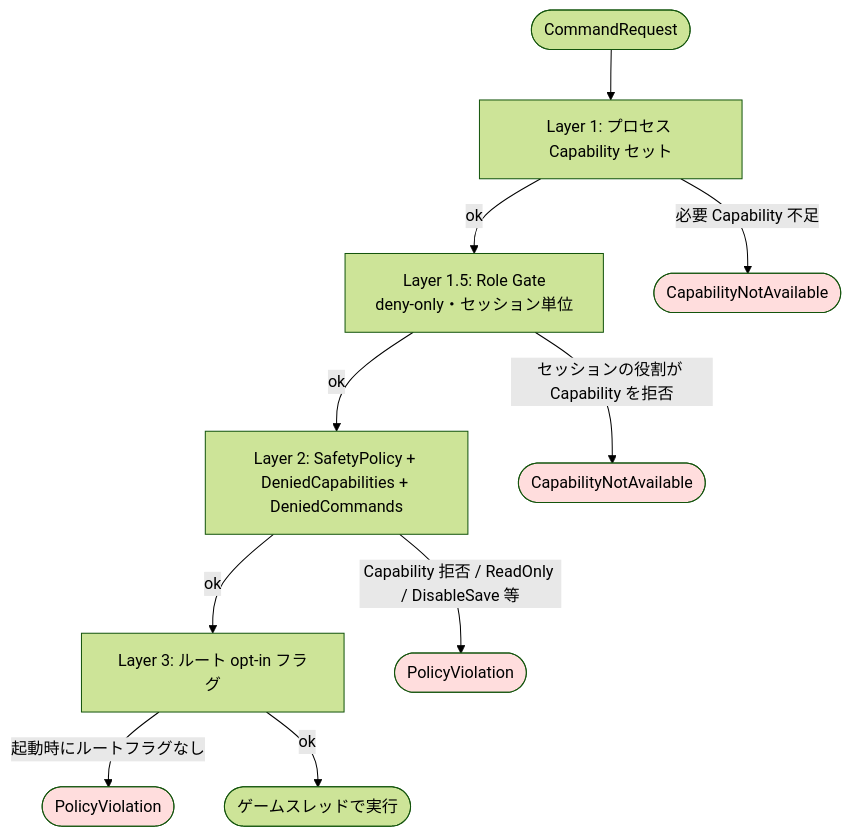
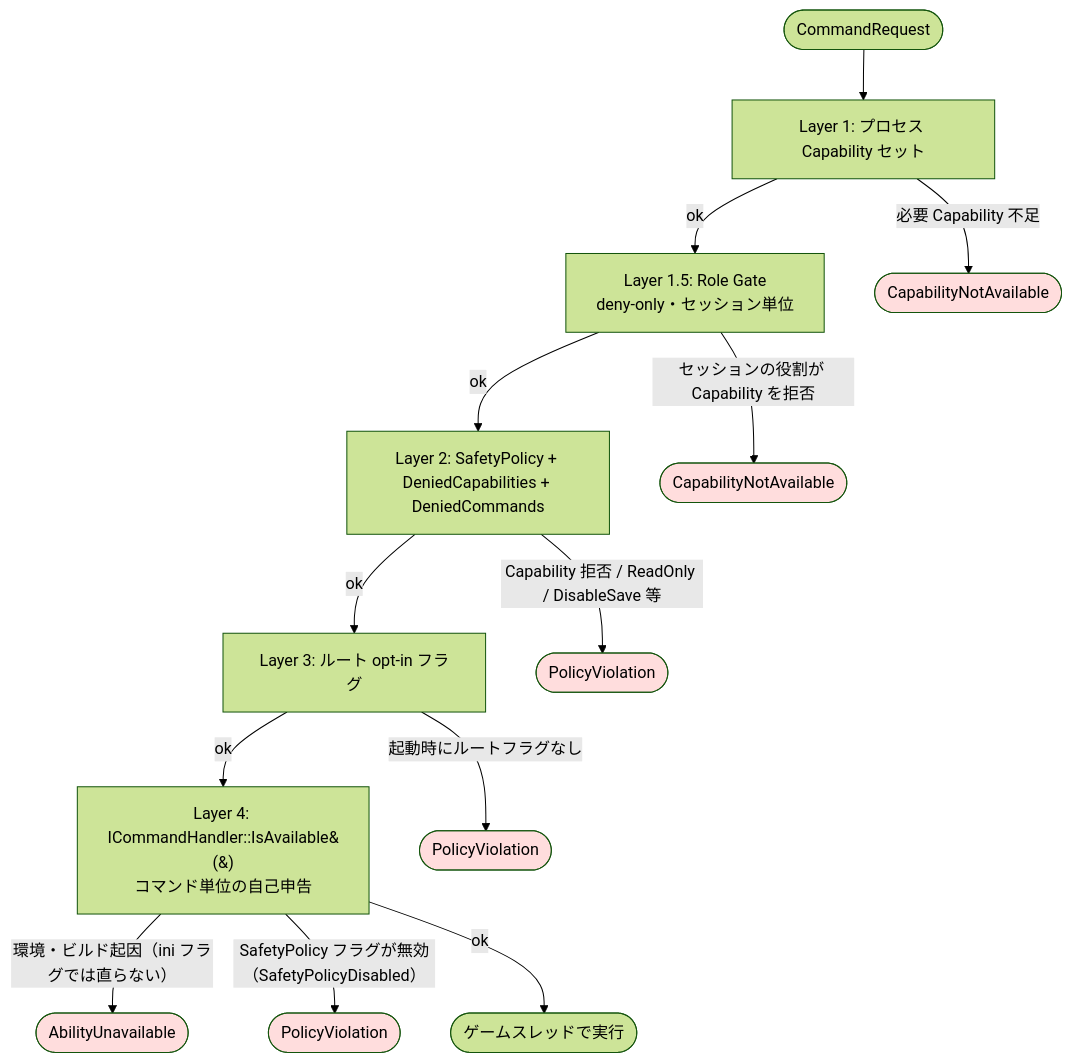
The first of 2 diagrams in docs/ja/safety.md (Naotsun19B/UnrealAIIntegrationPlatform-Document), drawn with Mermaid (forest theme) before and after one commit. The commit also changed other lines of this file and 7 other files, not shown here.

````diff
--- a/docs/ja/safety.md
+++ b/docs/ja/safety.md
@@ -20,24 +23,30 @@
 ```mermaid
 flowchart TB
     Cmd([CommandRequest])
     L1[Layer 1: プロセス Capability セット]
     L15[Layer 1.5: Role Gate<br/>deny-only・セッション単位]
     L2[Layer 2: SafetyPolicy + DeniedCapabilities + DeniedCommands]
     L3[Layer 3: ルート opt-in フラグ]
+    L4[Layer 4: ICommandHandler::IsAvailable&#40;&#41;<br/>コマンド単位の自己申告]
     Exec([ゲームスレッドで実行])
 
     Cmd --> L1
     L1 -- "必要 Capability 不足" --> E1([CapabilityNotAvailable])
     L1 -- ok --> L15
     L15 -- "セッションの役割が Capability を拒否" --> E15([CapabilityNotAvailable])
     L15 -- ok --> L2
     L2 -- "Capability 拒否 / ReadOnly / DisableSave 等" --> E2([PolicyViolation])
     L2 -- ok --> L3
     L3 -- "起動時にルートフラグなし" --> E3([PolicyViolation])
-    L3 -- ok --> Exec
+    L3 -- ok --> L4
+    L4 -- "環境・ビルド起因（ini フラグでは直らない）" --> E4a([AbilityUnavailable])
+    L4 -- "SafetyPolicy フラグが無効（SafetyPolicyDisabled）" --> E4b([PolicyViolation])
+    L4 -- ok --> Exec
 
     style E1 fill:#fdd
     style E15 fill:#fdd
     style E2 fill:#fdd
     style E3 fill:#fdd
+    style E4a fill:#fdd
+    style E4b fill:#fdd
 ```
````
